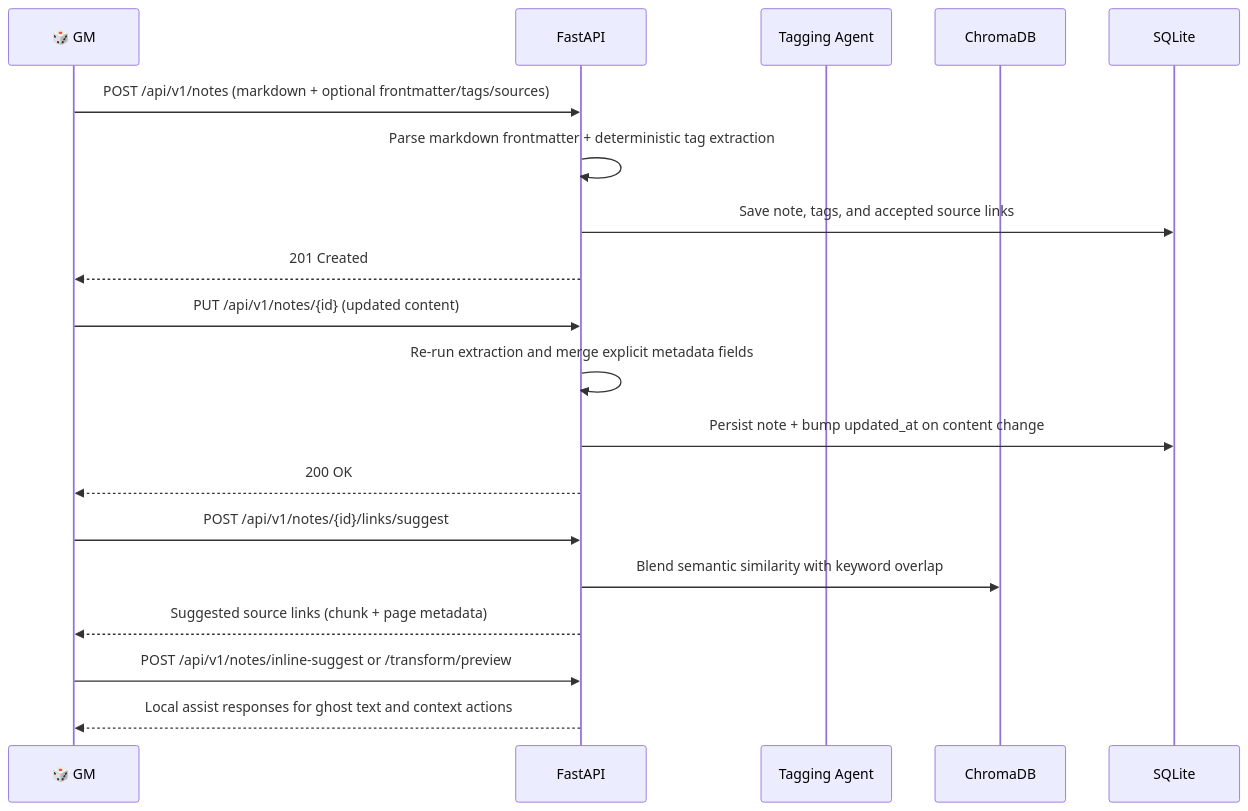
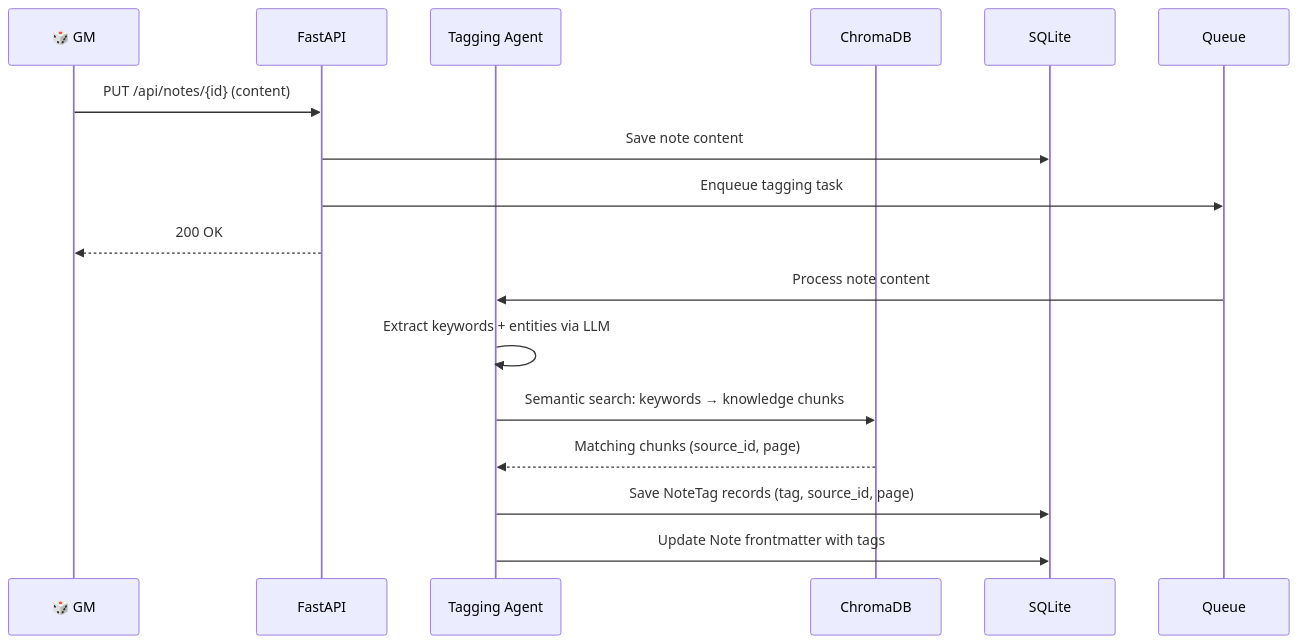
Before and after one commit to MagdielCAS/gm-smart-shield: the sixth of 6 diagrams in docs/TECHNICAL.md, drawn with Mermaid. The commit also changed other lines of this file and 42 other files, not shown here.

````diff
--- a/docs/TECHNICAL.md
+++ b/docs/TECHNICAL.md
@@ -475,25 +470,20 @@
 ```mermaid
 sequenceDiagram
     participant GM as 🎲 GM
     participant API as FastAPI
     participant TagAgent as Tagging Agent
     participant Chroma as ChromaDB
     participant DB as SQLite
 
-    GM->>API: POST /api/v1/notes (markdown + optional frontmatter/tags/sources)
-    API->>API: Parse markdown frontmatter + deterministic tag extraction
-    API->>DB: Save note, tags, and accepted source links
-    API-->>GM: 201 Created
-
-    GM->>API: PUT /api/v1/notes/{id} (updated content)
-    API->>API: Re-run extraction and merge explicit metadata fields
-    API->>DB: Persist note + bump updated_at on content change
+    GM->>API: PUT /api/notes/{id} (content)
+    API->>DB: Save note content
+    API->>Queue: Enqueue tagging task
     API-->>GM: 200 OK
 
-    GM->>API: POST /api/v1/notes/{id}/links/suggest
-    API->>Chroma: Blend semantic similarity with keyword overlap
-    API-->>GM: Suggested source links (chunk + page metadata)
-
-    GM->>API: POST /api/v1/notes/inline-suggest or /transform/preview
-    API-->>GM: Local assist responses for ghost text and context actions
+    Queue->>TagAgent: Process note content
+    TagAgent->>TagAgent: Extract keywords + entities via LLM
+    TagAgent->>Chroma: Semantic search: keywords → knowledge chunks
+    Chroma-->>TagAgent: Matching chunks (source_id, page)
+    TagAgent->>DB: Save NoteTag records (tag, source_id, page)
+    TagAgent->>DB: Update Note frontmatter with tags
 ```
````
